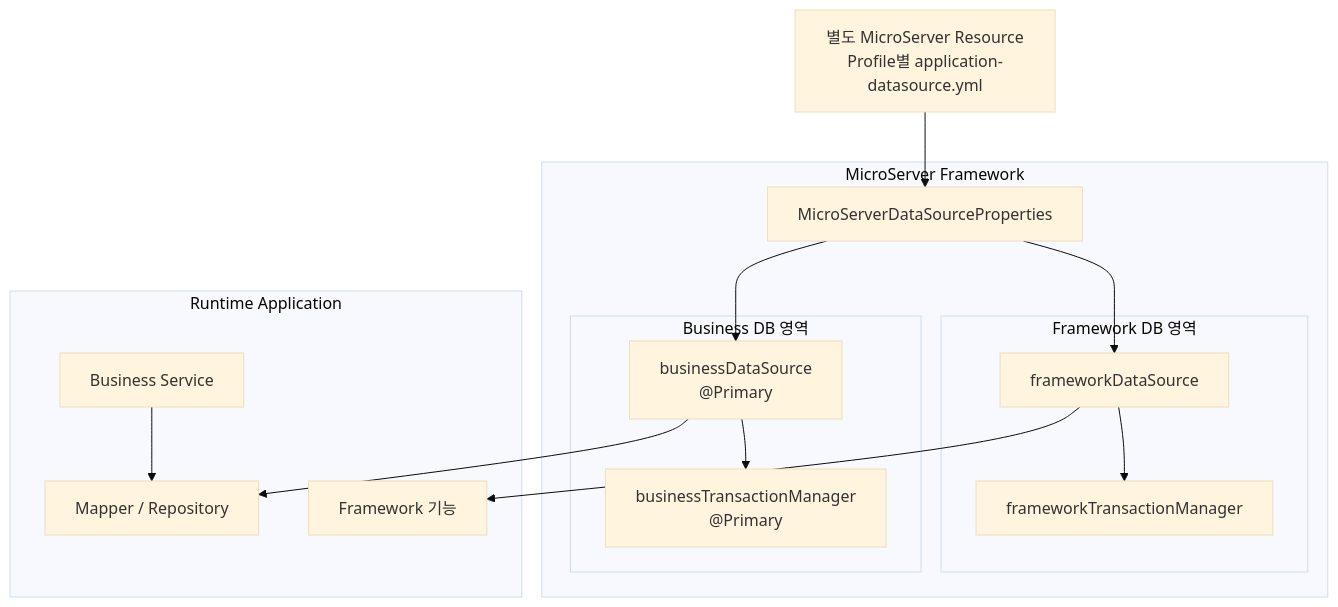
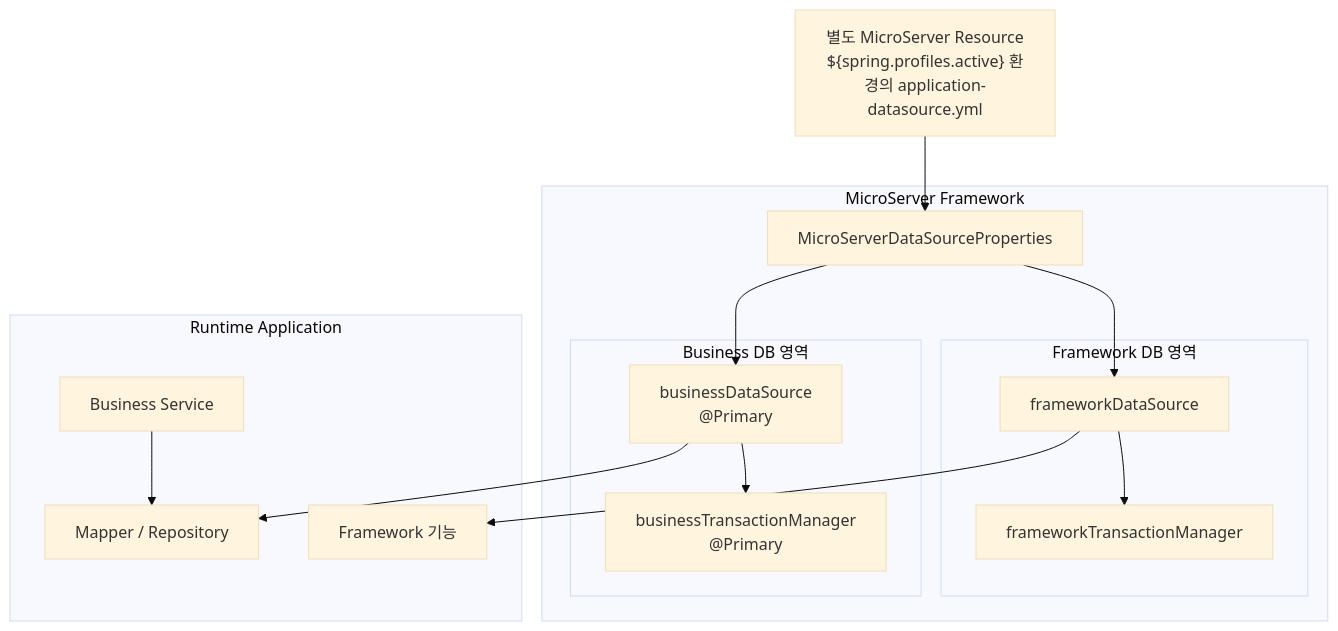
The sixth of 6 diagrams in docs/04_multi_project_framework/01_datasource/datasource_framework_setup.md (Team-Microserver/microserver-docs), drawn with Mermaid (base theme) before and after one commit. The commit also changed other lines of this file and 4 other files, not shown here.

````diff
--- a/docs/04_multi_project_framework/01_datasource/datasource_framework_setup.md
+++ b/docs/04_multi_project_framework/01_datasource/datasource_framework_setup.md
@@ -1061,35 +1070,35 @@
 ```mermaid
 flowchart TB
-    EXT["별도 MicroServer Resource<br/>Profile별 application-datasource.yml"]
+    EXT["별도 MicroServer Resource<br/>${spring.profiles.active} 환경의 application-datasource.yml"]
 
     subgraph FRAMEWORK["MicroServer Framework"]
         PROP["MicroServerDataSourceProperties"]
 
         subgraph FDB["Framework DB 영역"]
             FDS["frameworkDataSource"]
             FTX["frameworkTransactionManager"]
         end
 
         subgraph BDB["Business DB 영역"]
             BDS["businessDataSource<br/>@Primary"]
             BTX["businessTransactionManager<br/>@Primary"]
         end
     end
 
     subgraph RUNTIME["Runtime Application"]
         FS["Framework 기능"]
         BS["Business Service"]
         MAP["Mapper / Repository"]
     end
 
     EXT --> PROP
     PROP --> FDS
     PROP --> BDS
 
     FDS --> FTX
     BDS --> BTX
 
     FDS --> FS
     BDS --> MAP
     BS --> MAP
 ```
````
